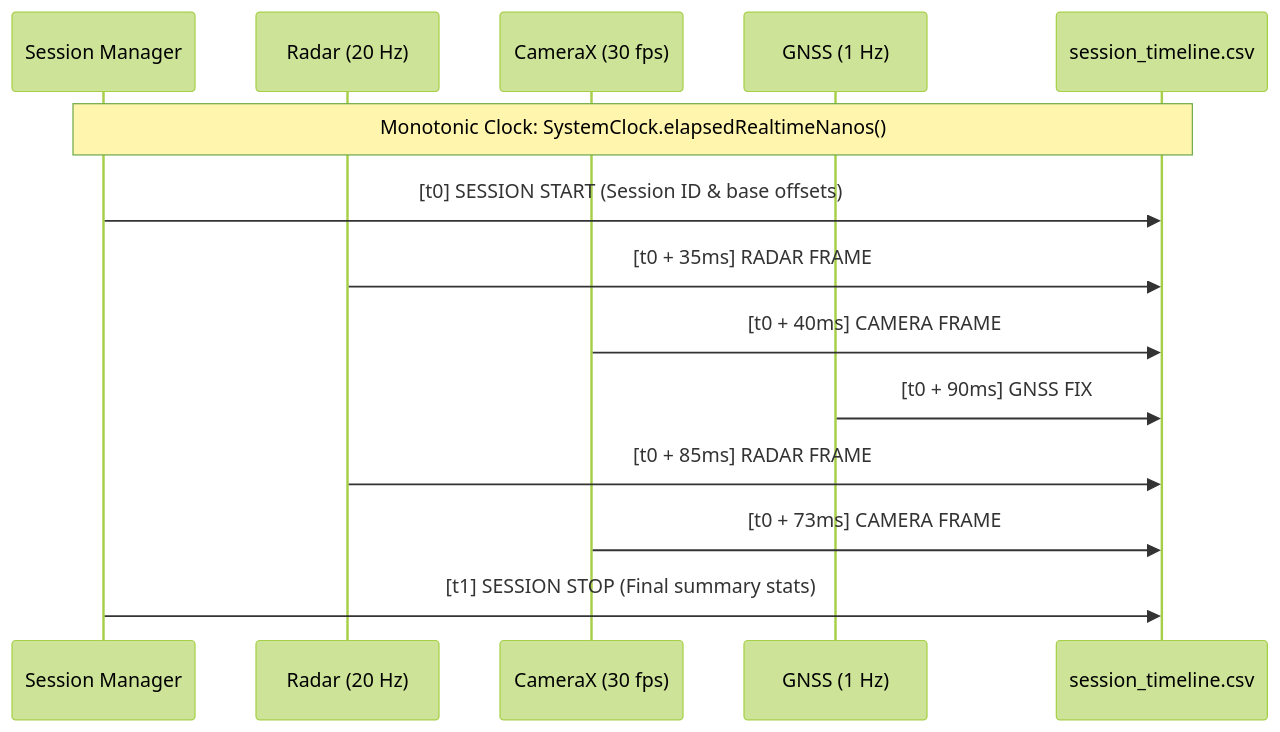
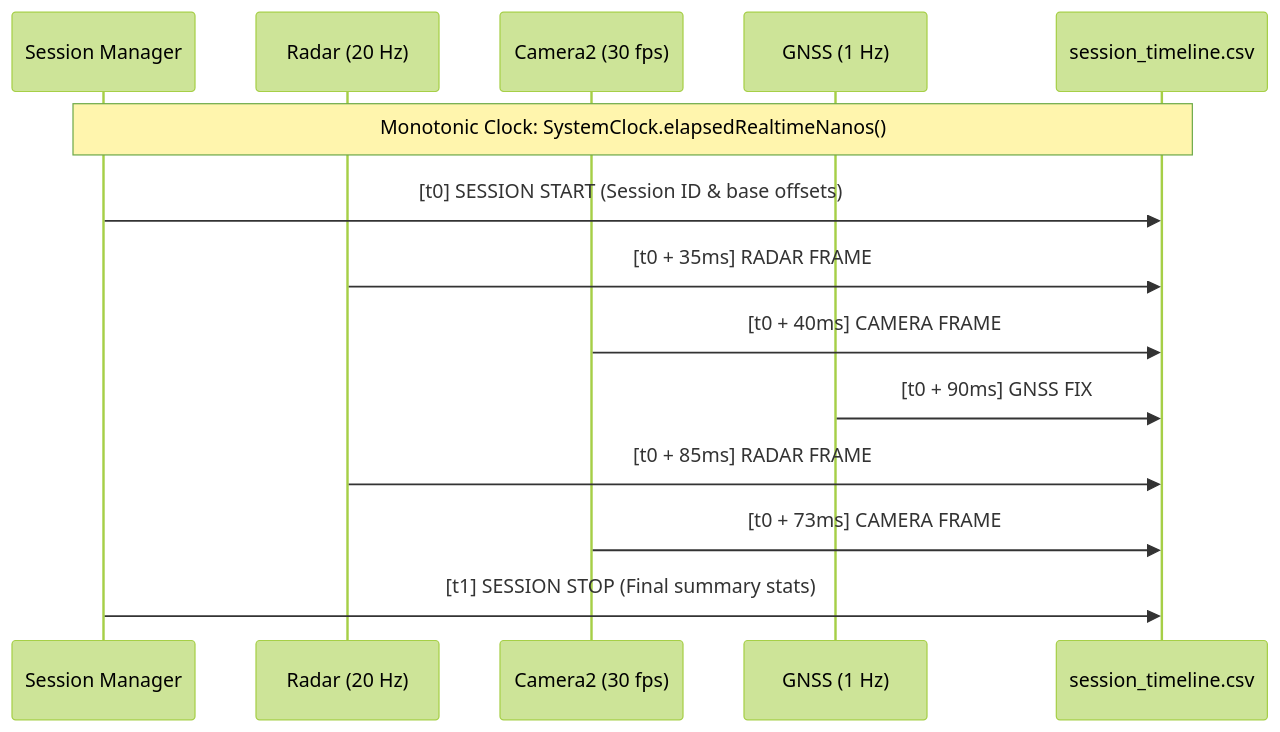
Before and after one commit to kadurushil/RoadSense_logger: the diagram in context/03_CAMERA_GNSS_AND_CROSS_SENSOR_SYNC.md, drawn with Mermaid (forest theme). The commit also changed other lines of this file and 10 other files, not shown here.

````diff
--- a/context/03_CAMERA_GNSS_AND_CROSS_SENSOR_SYNC.md
+++ b/context/03_CAMERA_GNSS_AND_CROSS_SENSOR_SYNC.md
@@ -17,17 +17,17 @@
 ```mermaid
 sequenceDiagram
     participant S as Session Manager
     participant R as Radar (20 Hz)
-    participant C as CameraX (30 fps)
+    participant C as Camera2 (30 fps)
     participant G as GNSS (1 Hz)
     participant T as session_timeline.csv
 
     Note over S,T: Monotonic Clock: SystemClock.elapsedRealtimeNanos()
     S->>T: [t0] SESSION START (Session ID & base offsets)
     R->>T: [t0 + 35ms] RADAR FRAME #1 (Points & EKF tracks)
     C->>T: [t0 + 40ms] CAMERA FRAME #1 (PTS us -> Mono ns)
     G->>T: [t0 + 90ms] GNSS FIX #1 (Lat, Lon, Speed, Bearing)
     R->>T: [t0 + 85ms] RADAR FRAME #2
     C->>T: [t0 + 73ms] CAMERA FRAME #2
     S->>T: [t1] SESSION STOP (Final summary stats)
 ```
````
